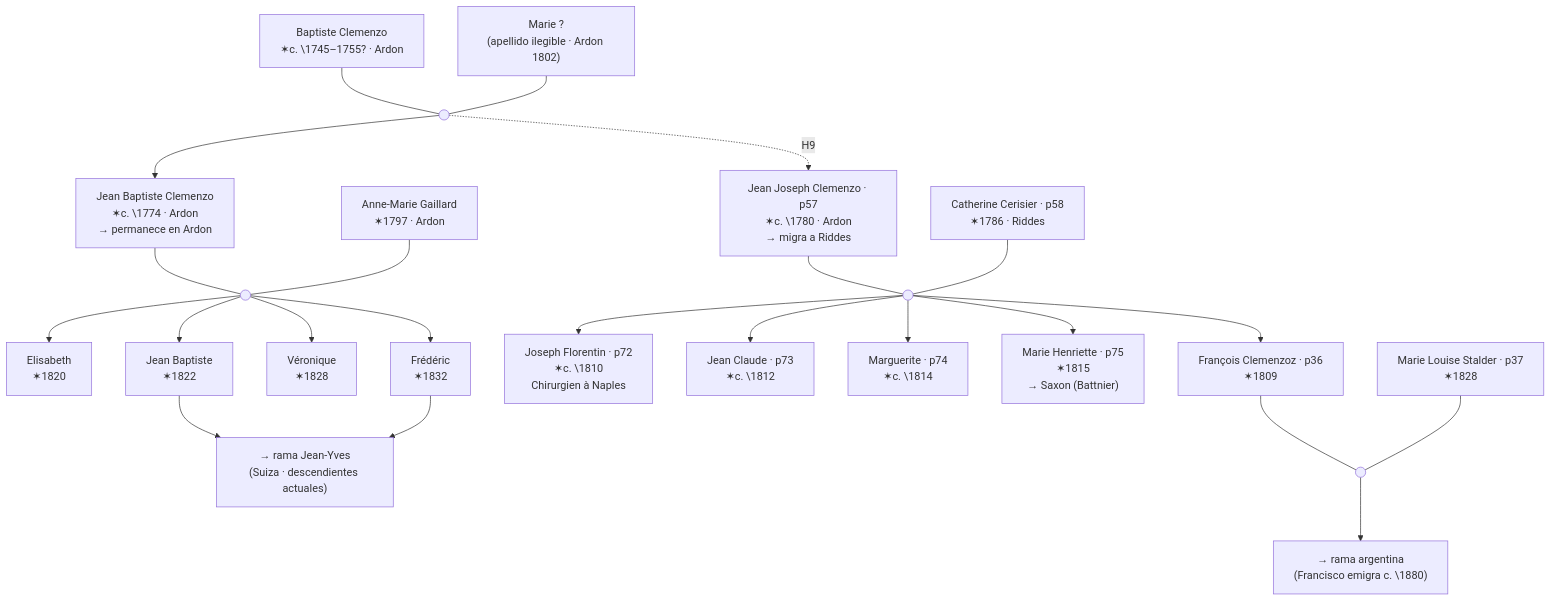
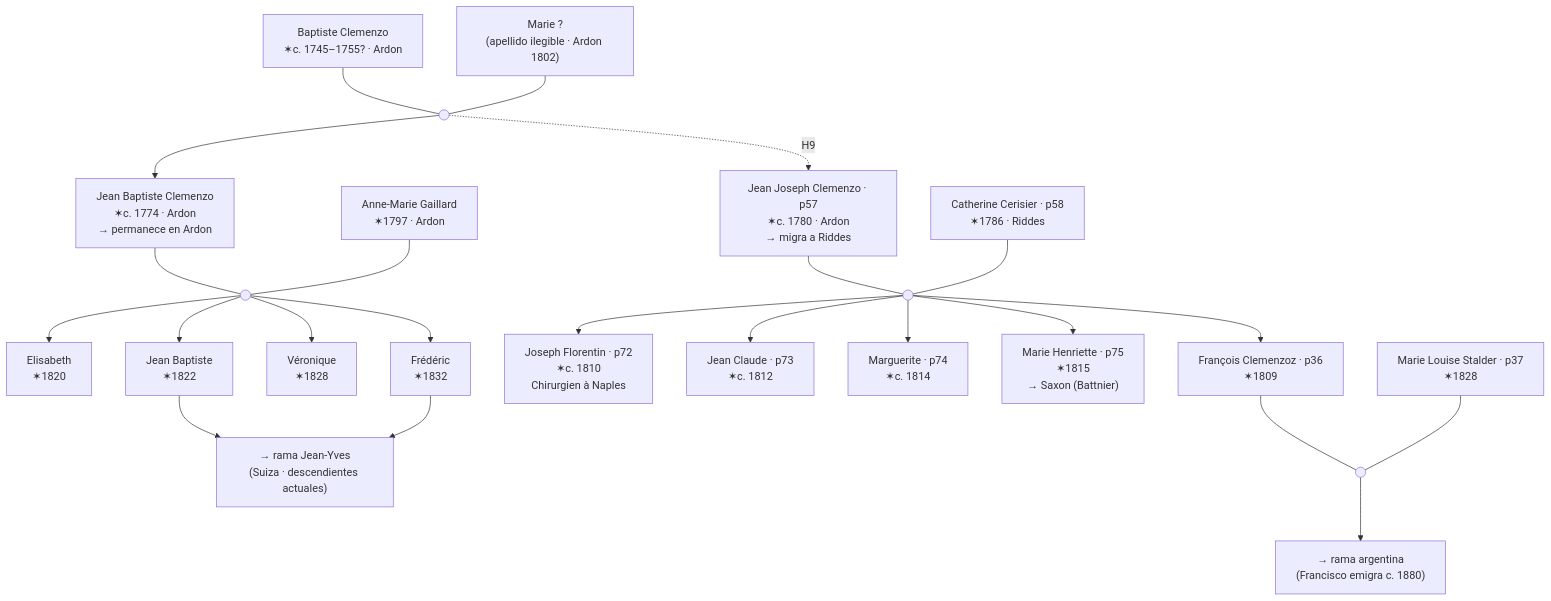
Before and after one commit to cmzo/web-genealogia: the second of 2 diagrams in content/posts/clan-clemenzo.md, drawn with Mermaid. The commit also changed other lines of this file and 4 other files, not shown here.

````diff
--- a/content/posts/clan-clemenzo.md
+++ b/content/posts/clan-clemenzo.md
@@ -650,56 +686,56 @@
 ```mermaid
 flowchart TD
-    BAP["Baptiste Clemenzo\n✶c. \1745–1755? · Ardon"]
+    BAP["Baptiste Clemenzo\n✶c. 1745–1755? · Ardon"]
     MUNK["Marie ?\n(apellido ilegible · Ardon 1802)"]
     m1(( ))
 
-    JBC["Jean Baptiste Clemenzo\n✶c. \1774 · Ardon\n→ permanece en Ardon"]
-    JJ["Jean Joseph Clemenzo · p57\n✶c. \1780 · Ardon\n→ migra a Riddes"]
+    JBC["Jean Baptiste Clemenzo\n✶c. 1774 · Ardon\n→ permanece en Ardon"]
+    JJ["Jean Joseph Clemenzo · p57\n✶c. 1780 · Ardon\n→ migra a Riddes"]
 
     AGG["Anne-Marie Gaillard\n✶1797 · Ardon"]
     CC["Catherine Cerisier · p58\n✶1786 · Riddes"]
 
     m2(( ))
     m3(( ))
 
     ELI["Elisabeth\n✶1820"]
     JYB["Jean Baptiste\n✶1822"]
     VER["Véronique\n✶1828"]
     FRD["Frédéric\n✶1832"]
     JY["→ rama Jean-Yves\n(Suiza · descendientes actuales)"]
 
-    JF["Joseph Florentin · p72\n✶c. \1810\nChirurgien à Naples"]
-    JCL["Jean Claude · p73\n✶c. \1812"]
-    MAR["Marguerite · p74\n✶c. \1814"]
+    JF["Joseph Florentin · p72\n✶c. 1810\nChirurgien à Naples"]
+    JCL["Jean Claude · p73\n✶c. 1812"]
+    MAR["Marguerite · p74\n✶c. 1814"]
     MH["Marie Henriette · p75\n✶1815\n→ Saxon (Battnier)"]
     FR["François Clemenzoz · p36\n✶1809"]
 
     MLS["Marie Louise Stalder · p37\n✶1828"]
     m5(( ))
 
     BAP --- m1
     MUNK --- m1
     m1 --> JBC
     m1 -.->|"H9"| JJ
 
     JBC --- m2
     AGG --- m2
     m2 --> ELI
     m2 --> JYB
     m2 --> VER
     m2 --> FRD
     JYB --> JY
     FRD --> JY
 
     JJ --- m3
     CC --- m3
     m3 --> JF
     m3 --> JCL
     m3 --> MAR
     m3 --> MH
     m3 --> FR
 
     FR --- m5
     MLS --- m5
-    m5 --> ARG["→ rama argentina\n(Francisco emigra c. \1880)"]
+    m5 --> ARG["→ rama argentina\n(Francisco emigra c. 1880)"]
 ```
````
